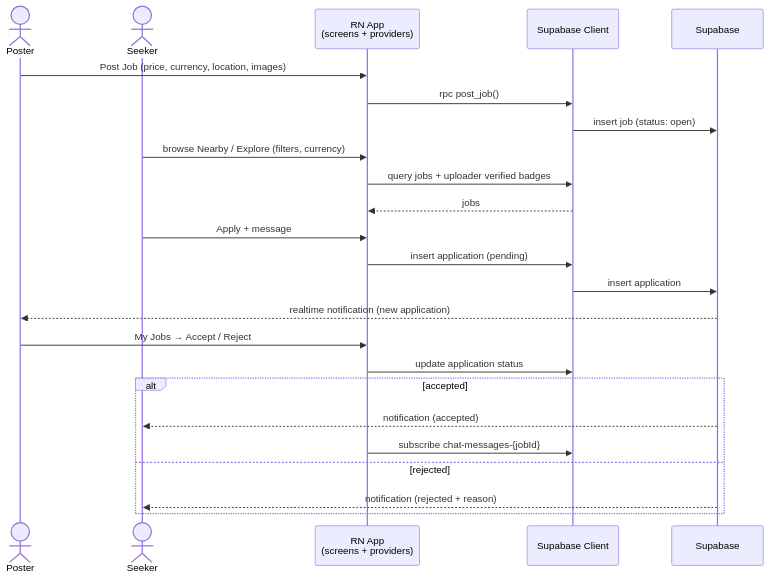
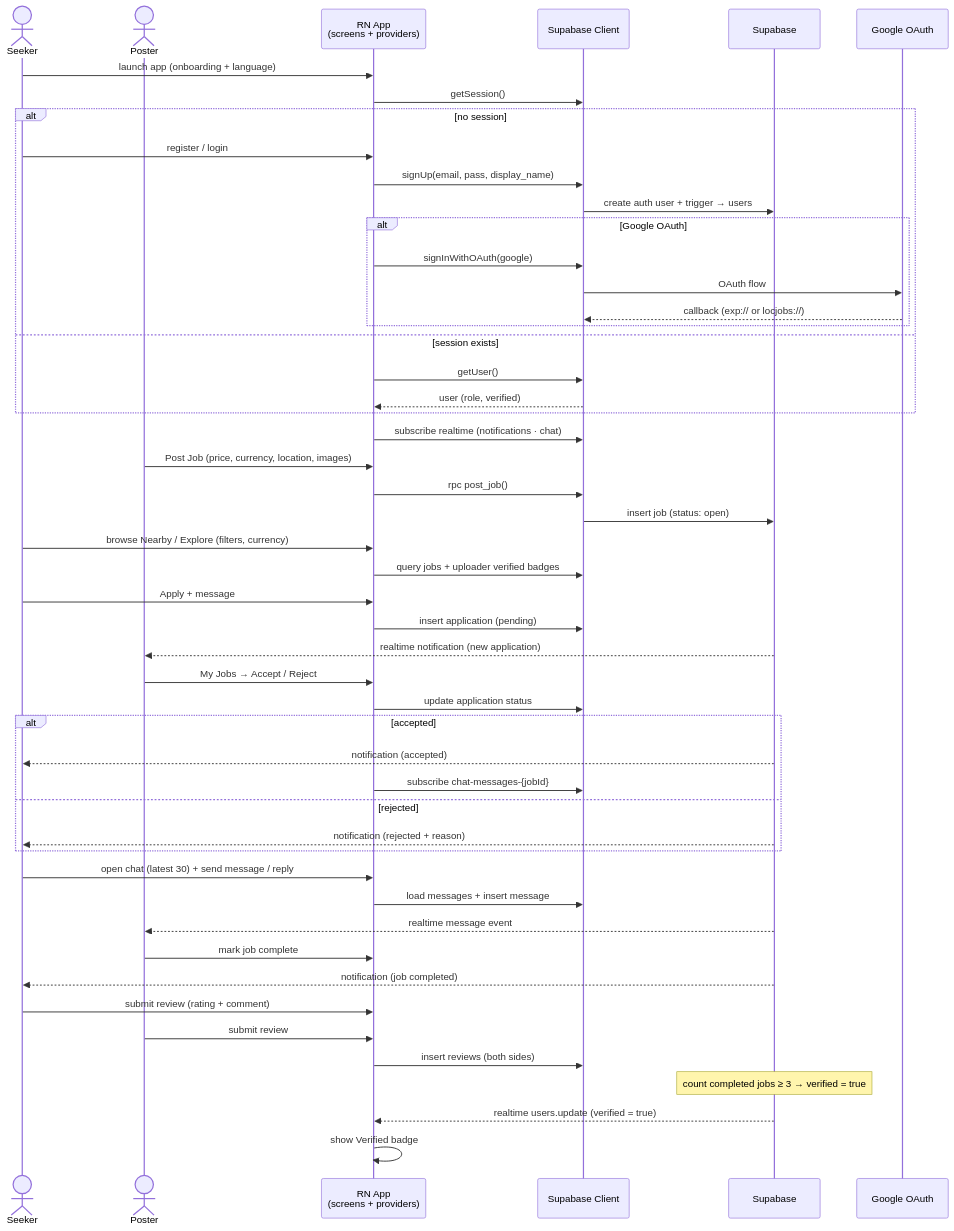
One commit to phyothant-dev/loc-jobs changed the fourth of 5 diagrams in DIAGRAMS.md. Above: the diagram before and after it, drawn with Mermaid. The commit also changed other lines of this file and 1 other file, not shown here.

Commit message:
docs: merge three sequence diagrams into one full-flow diagram

````diff
--- a/DIAGRAMS.md
+++ b/DIAGRAMS.md
@@ -364,27 +332,55 @@
 ```mermaid
 sequenceDiagram
+    actor Seeker
     actor Poster
-    actor Seeker
     participant APP as RN App<br/>(screens + providers)
     participant API as Supabase Client
     participant SB as Supabase
+    participant G as Google OAuth
+
+    Seeker->>APP: launch app (onboarding + language)
+    APP->>API: getSession()
+    alt no session
+        Seeker->>APP: register / login
+        APP->>API: signUp(email, pass, display_name)
+        API->>SB: create auth user + trigger → users
+        alt Google OAuth
+            APP->>API: signInWithOAuth(google)
+            API->>G: OAuth flow
+            G-->>API: callback (exp:// or locjobs://)
+        end
+    else session exists
+        APP->>API: getUser()
+        API-->>APP: user (role, verified)
+    end
+    APP->>API: subscribe realtime (notifications · chat)
 
     Poster->>APP: Post Job (price, currency, location, images)
     APP->>API: rpc post_job()
     API->>SB: insert job (status: open)
     Seeker->>APP: browse Nearby / Explore (filters, currency)
     APP->>API: query jobs + uploader verified badges
-    API-->>APP: jobs
     Seeker->>APP: Apply + message
     APP->>API: insert application (pending)
-    API->>SB: insert application
     SB-->>Poster: realtime notification (new application)
     Poster->>APP: My Jobs → Accept / Reject
     APP->>API: update application status
     alt accepted
         SB-->>Seeker: notification (accepted)
         APP->>API: subscribe chat-messages-{jobId}
     else rejected
         SB-->>Seeker: notification (rejected + reason)
     end
+
+    Seeker->>APP: open chat (latest 30) + send message / reply
+    APP->>API: load messages + insert message
+    SB-->>Poster: realtime message event
+    Poster->>APP: mark job complete
+    SB-->>Seeker: notification (job completed)
+    Seeker->>APP: submit review (rating + comment)
+    Poster->>APP: submit review
+    APP->>API: insert reviews (both sides)
+    Note over SB: count completed jobs ≥ 3 → verified = true
+    SB-->>APP: realtime users.update (verified = true)
+    APP->>APP: show Verified badge
 ```
````
